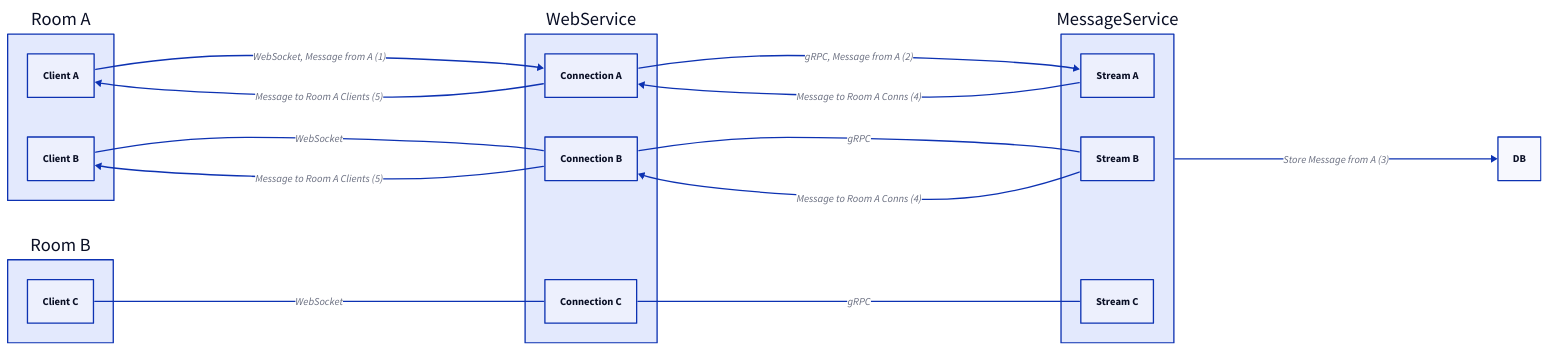
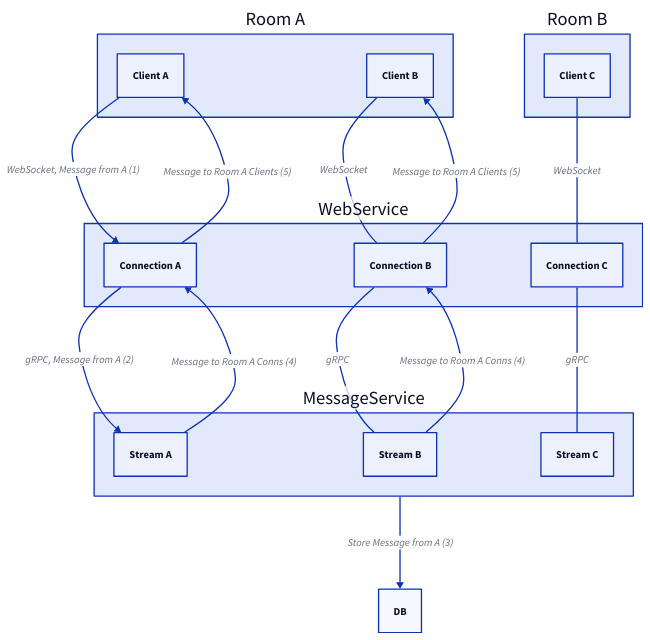
Before and after one commit to Jiang-Gianni/chat: the diagram in img/gRPCchat.d2, drawn with D2. The commit also changed 3 other files, not shown here.

```diff
--- a/img/gRPCchat.d2
+++ b/img/gRPCchat.d2
@@ -1,39 +1,38 @@
-direction:right
 Room A {
     Client A
     Client B
 }
 
 Room B{
     Client C
 }
 
 WebService{
     Connection A
     Connection B
     Connection C
 }
 
 MessageService{
     Stream A
     Stream B
     Stream C
 }
 
 Room A.Client A -> WebService.Connection A: WebSocket, Message from A (1)
 Room A.Client B -- WebService.Connection B: WebSocket
 Room B.Client C -- WebService.Connection C: WebSocket
 
 WebService.Connection A -> MessageService.Stream A: gRPC, Message from A (2)
 WebService.Connection B -- MessageService.Stream B: gRPC
 WebService.Connection C -- MessageService.Stream C: gRPC
 
 DB
 
 MessageService -> DB: Store Message from A (3)
 
 MessageService.Stream A -> WebService.Connection A: Message to Room A Conns (4)
 MessageService.Stream B -> WebService.Connection B: Message to Room A Conns (4)
 
 WebService.Connection A -> Room A.Client A: Message to Room A Clients (5)
 WebService.Connection B -> Room A.Client B: Message to Room A Clients (5)
```
